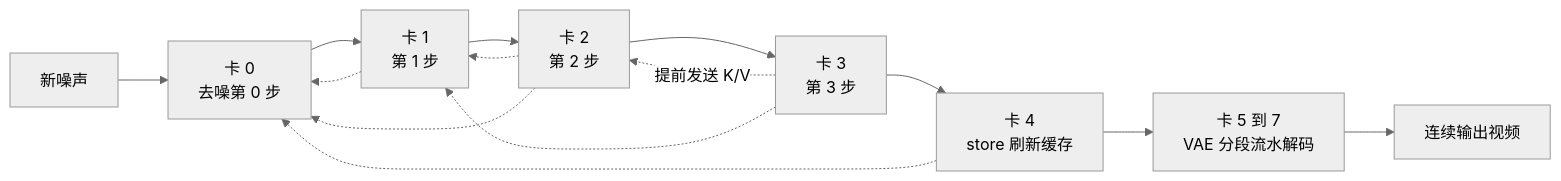
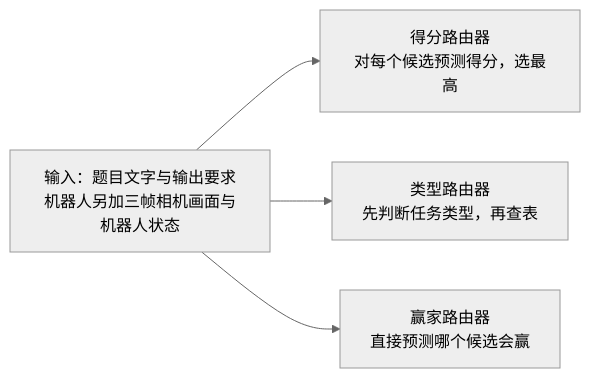
One commit to yingwang/paper-reads changed the fourth of 4 diagrams in docs/index.md. Above: the diagram before and after it, drawn with Mermaid (neutral theme). The commit also changed other lines of this file and 2 other files, not shown here.

````diff
--- a/docs/index.md
+++ b/docs/index.md
@@ -162,16 +128,6 @@
 ```mermaid
 flowchart LR
-    N["新噪声"] --> R0["卡 0<br/>去噪第 0 步"]
-    R0 --> R1["卡 1<br/>第 1 步"]
-    R1 --> R2["卡 2<br/>第 2 步"]
-    R2 --> R3["卡 3<br/>第 3 步"]
-    R3 --> ST["卡 4<br/>store 刷新缓存"]
-    ST --> V["卡 5 到 7<br/>VAE 分段流水解码"]
-    V --> O["连续输出视频"]
-    R3 -.->|"提前发送 K/V"| R2
-    R3 -.-> R1
-    R2 -.-> R1
-    R2 -.-> R0
-    R1 -.-> R0
-    ST -.-> R0
+    X["输入：题目文字与输出要求<br/>机器人另加三帧相机画面与机器人状态"] --> R1["得分路由器<br/>对每个候选预测得分，选最高"]
+    X --> R2["类型路由器<br/>先判断任务类型，再查表"]
+    X --> R3["赢家路由器<br/>直接预测哪个候选会赢"]
 ```
````
